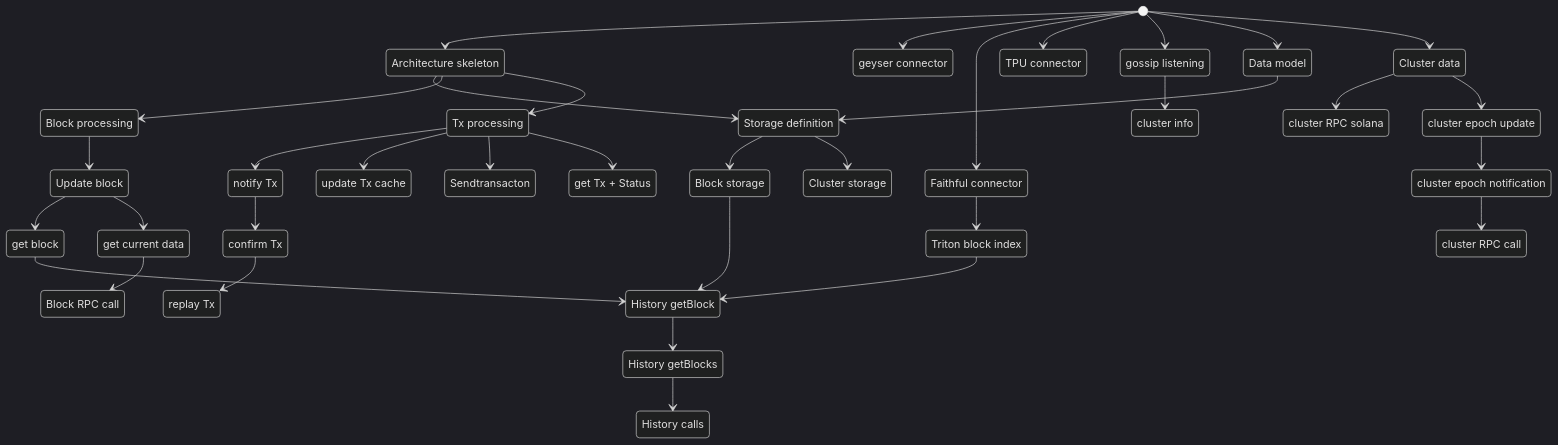
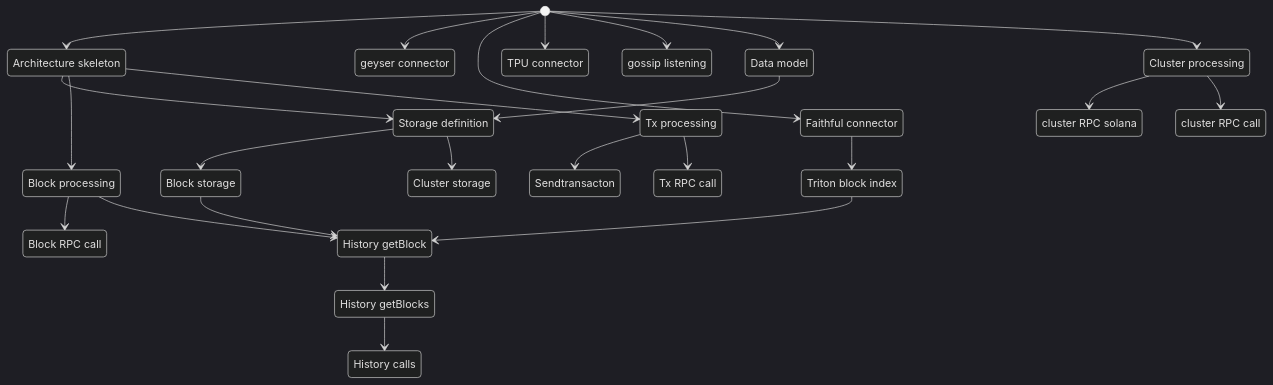
Before and after one commit to zacharywing303-art/transaction: the fourth of 4 diagrams in docs/rpcv2.md, drawn with Mermaid (dark theme). The commit also changed other lines of this file and 1 other file, not shown here.

````diff
--- a/docs/rpcv2.md
+++ b/docs/rpcv2.md
@@ -965,70 +965,50 @@
 ```mermaid
 stateDiagram
     a1: Architecture skeleton
     c1: geyser connector
     c2: Faithful connector
     c22: Triton block index
     c3: TPU connector
     c4: gossip listening
     s1: Data model
     s2: Storage definition
     s3: Block storage
     s4: Cluster storage
     b1: Block processing
-    b2: Update block
-    b3: get block
-    b4: get current data
     b5: Block RPC call
     t1: Tx processing
-    t2: notify Tx
-    t22: update Tx cache
     t3: Sendtransacton
-    t333: replay Tx
-    t33: confirm Tx
-    t4: get Tx + Status
+    t4: Tx RPC call
     h1: History getBlock
     h2: History getBlocks
     h3: History calls
-    cl1: Cluster data
+    cl1: Cluster processing
     cl2: cluster RPC solana
-    cl3: cluster epoch update
-    cl4: cluster info
-    cl5: cluster epoch notification
     cl6: cluster RPC call
 
     
     [*] --> a1
     [*] --> c1
     [*] --> c2
     c2 --> c22
     [*] --> c3
     [*] --> c4
     [*] --> s1
     [*] --> cl1
     s1 --> s2
     s2 --> s3
     s2 --> s4
     a1 --> s2
     a1 --> b1
-    b1 --> b2
-    b2 --> b3
-    b2 --> b4
-    b4 --> b5
+    b1 --> b5
     a1 --> t1
-    t1 --> t2
-    t1 --> t22
     t1 --> t3
     t1 --> t4
-    t2 --> t33
-    t33 --> t333
     cl1 --> cl2
-    cl1 --> cl3
-    c4 --> cl4
-    cl3 --> cl5
-    cl5 --> cl6
+    cl1 --> cl6
     s3 --> h1
     c22 --> h1
-    b3 --> h1
+    b1 --> h1
     h1 --> h2
     h2 --> h3
 ```
````
